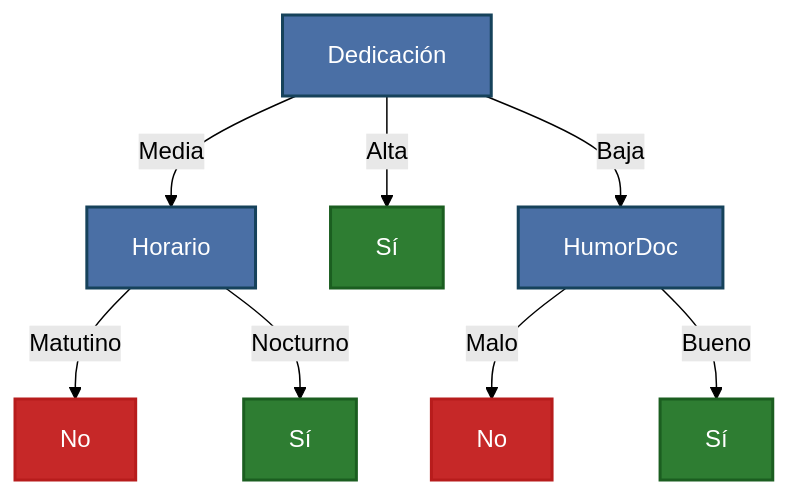
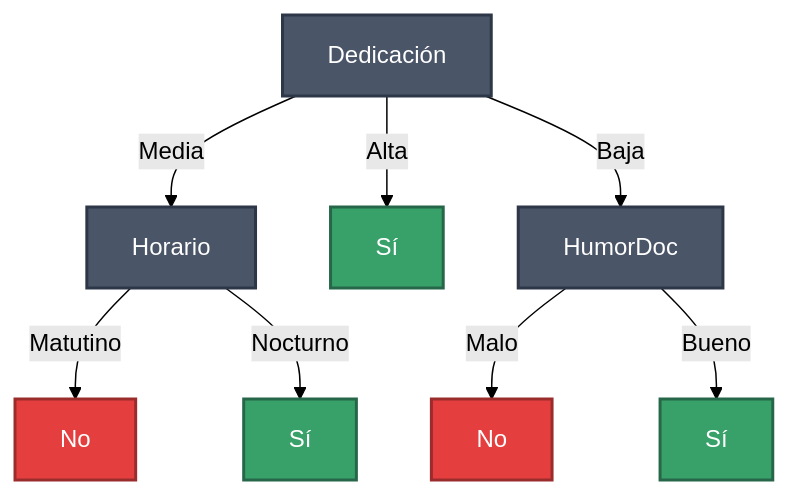
One commit to santrodriguez21/aprendizaje-automatico changed the first of 4 diagrams in teoricos/clase 3 - decision_trees/03-arboles-de-decision-e-id3.md. Above: the diagram before and after it, drawn with Mermaid (forest theme). The commit also changed other lines of this file and 23 other files, not shown here.

````diff
--- a/teoricos/clase 3 - decision_trees/03-arboles-de-decision-e-id3.md
+++ b/teoricos/clase 3 - decision_trees/03-arboles-de-decision-e-id3.md
@@ -9,22 +9,21 @@
 ```mermaid
 graph TD
-    Root["Dedicación"]
-    Root -->|Media| HorarioNode["Horario"]
-    Root -->|Alta| LeafYes1["Sí"]
-    Root -->|Baja| HumorNode["HumorDoc"]
+    Root["Dedicación"] -->|Media| NodeHorario["Horario"]
+    Root -->|Alta| Leaf1["Sí"]
+    Root -->|Baja| NodeHumor["HumorDoc"]
     
-    HorarioNode -->|Matutino| LeafNo1["No"]
-    HorarioNode -->|Nocturno| LeafYes2["Sí"]
+    NodeHorario -->|Matutino| Leaf2["No"]
+    NodeHorario -->|Nocturno| Leaf3["Sí"]
     
-    HumorNode -->|Malo| LeafNo2["No"]
-    HumorNode -->|Bueno| LeafYes3["Sí"]
+    NodeHumor -->|Malo| Leaf4["No"]
+    NodeHumor -->|Bueno| Leaf5["Sí"]
 
-    style Root fill:#4a6fa5,stroke:#16425b,stroke-width:2px,color:#fff
-    style HorarioNode fill:#4a6fa5,stroke:#16425b,stroke-width:2px,color:#fff
-    style HumorNode fill:#4a6fa5,stroke:#16425b,stroke-width:2px,color:#fff
-    style LeafYes1 fill:#2e7d32,stroke:#1b5e20,stroke-width:2px,color:#fff
-    style LeafYes2 fill:#2e7d32,stroke:#1b5e20,stroke-width:2px,color:#fff
-    style LeafYes3 fill:#2e7d32,stroke:#1b5e20,stroke-width:2px,color:#fff
-    style LeafNo1 fill:#c62828,stroke:#b71c1c,stroke-width:2px,color:#fff
-    style LeafNo2 fill:#c62828,stroke:#b71c1c,stroke-width:2px,color:#fff
+    style Root fill:#4a5568,stroke:#2d3748,stroke-width:2px,color:#fff
+    style NodeHorario fill:#4a5568,stroke:#2d3748,stroke-width:2px,color:#fff
+    style NodeHumor fill:#4a5568,stroke:#2d3748,stroke-width:2px,color:#fff
+    style Leaf1 fill:#38a169,stroke:#276749,stroke-width:2px,color:#fff
+    style Leaf2 fill:#e53e3e,stroke:#9b2c2c,stroke-width:2px,color:#fff
+    style Leaf3 fill:#38a169,stroke:#276749,stroke-width:2px,color:#fff
+    style Leaf4 fill:#e53e3e,stroke:#9b2c2c,stroke-width:2px,color:#fff
+    style Leaf5 fill:#38a169,stroke:#276749,stroke-width:2px,color:#fff
 ```
````
